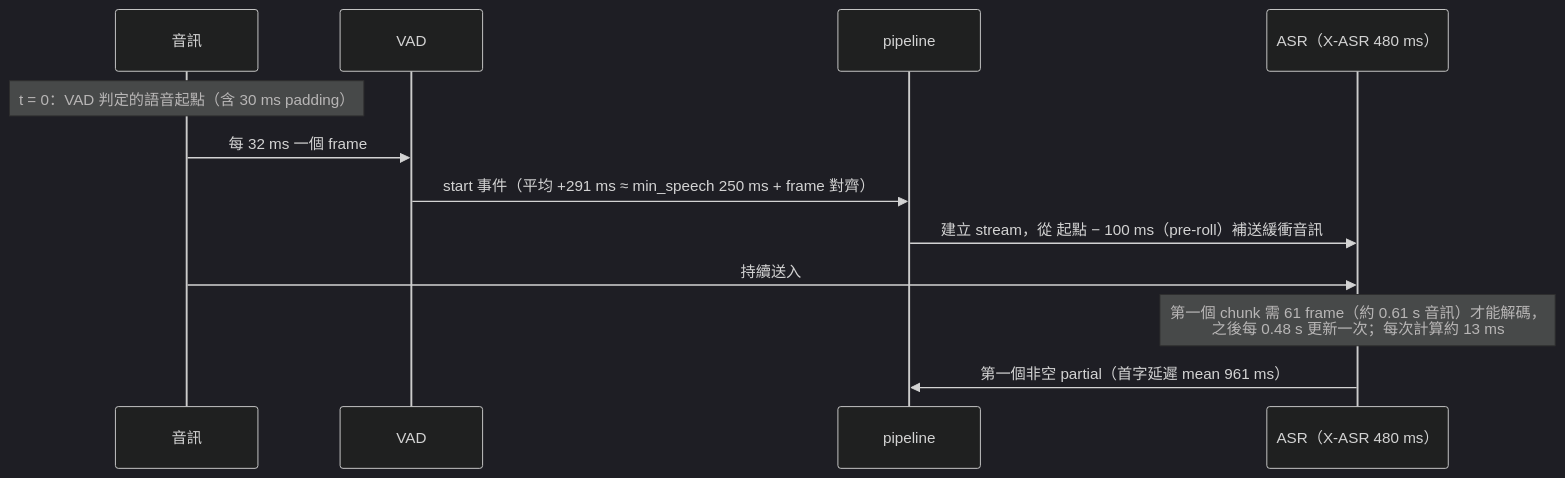
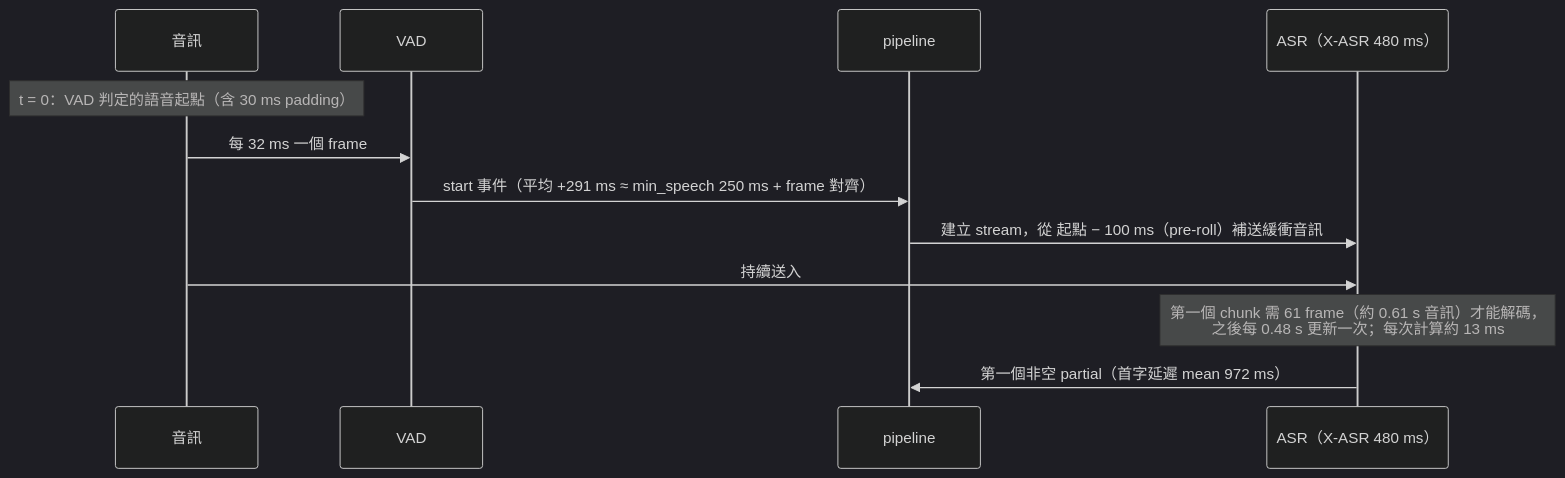
Before and after one commit to l1cr0000-dev/ondevice-zh-asr: the second of 2 diagrams in README.md, drawn with Mermaid (dark theme). The commit also changed other lines of this file and 14 other files, not shown here.

````diff
--- a/README.md
+++ b/README.md
@@ -55,14 +55,14 @@
 ```mermaid
 sequenceDiagram
     participant A as 音訊
     participant V as VAD
     participant P as pipeline
     participant R as ASR（X-ASR 480 ms）
     Note over A: t = 0：VAD 判定的語音起點（含 30 ms padding）
     A->>V: 每 32 ms 一個 frame
     V->>P: start 事件（平均 +291 ms ≈ min_speech 250 ms + frame 對齊）
     P->>R: 建立 stream，從 起點 − 100 ms（pre-roll）補送緩衝音訊
     A->>R: 持續送入
     Note over R: 第一個 chunk 需 61 frame（約 0.61 s 音訊）才能解碼，<br/>之後每 0.48 s 更新一次；每次計算約 13 ms
-    R->>P: 第一個非空 partial（首字延遲 mean 961 ms）
+    R->>P: 第一個非空 partial（首字延遲 mean 972 ms）
 ```
````
